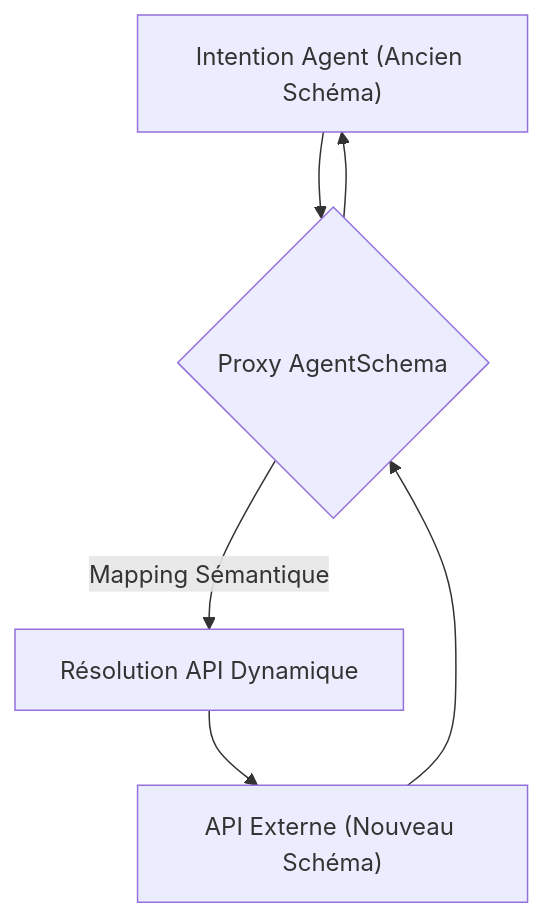
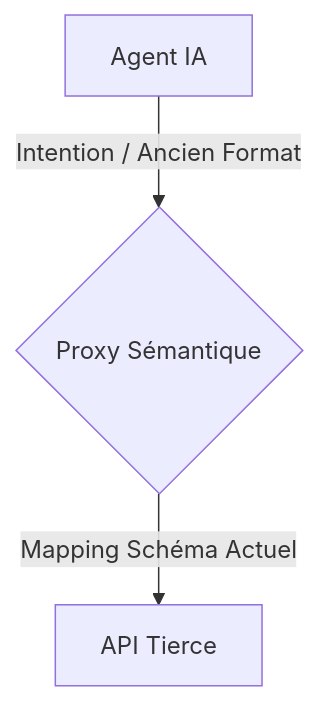
The first of 2 diagrams in ideas/agent-schema-sync/README.fr.md (flouzzy/top-100-ai-startup-ideas), drawn with Mermaid before and after one commit. The commit also changed other lines of this file and 41 other files, not shown here.

````diff
--- a/ideas/agent-schema-sync/README.fr.md
+++ b/ideas/agent-schema-sync/README.fr.md
@@ -17,8 +17,6 @@
 ```mermaid
 graph TD
-    A["Intention Agent (Ancien Schéma)"] --> B{"Proxy AgentSchema"}
-    B -->|Mapping Sémantique| C["Résolution API Dynamique"]
-    C --> D["API Externe (Nouveau Schéma)"]
-    D --> B
-    B --> A
+    %% Flux
+    A["Agent IA"] -->|Intention / Ancien Format| B{"Proxy Sémantique"}
+    B -->|Mapping Schéma Actuel| C["API Tierce"]
 ```
````
